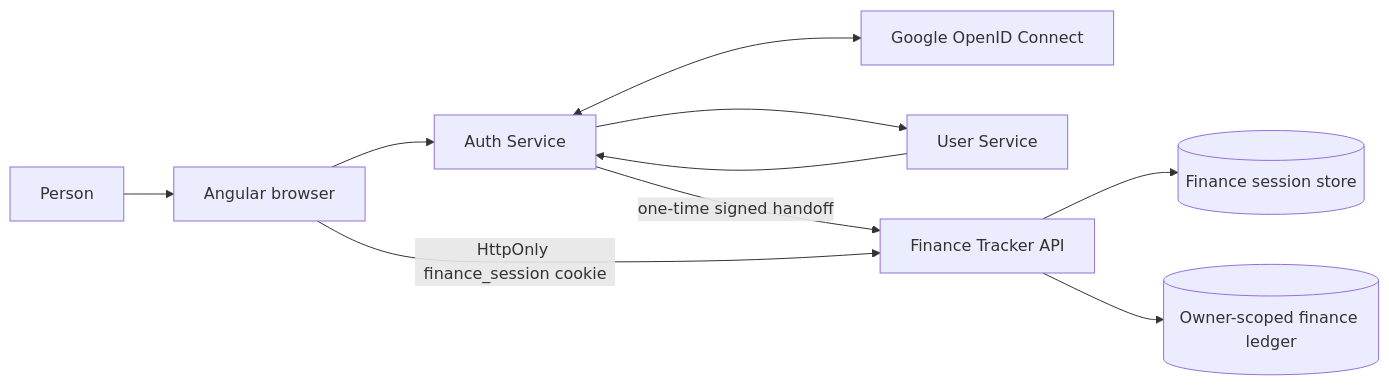
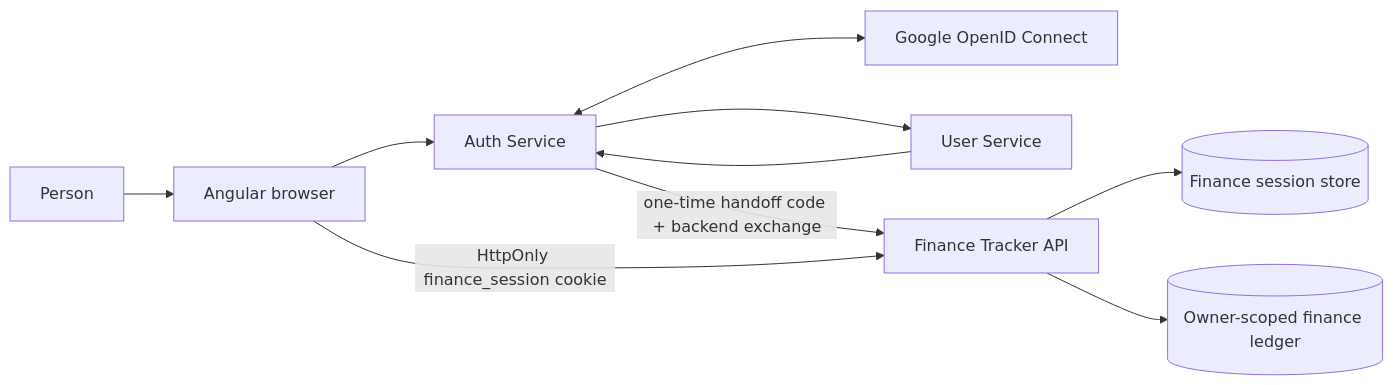
One commit to prprathikantam1991/personal-finance-tracker changed the first of 4 diagrams in docs/V7_AUTHENTICATION_AND_AUTHORIZATION_DESIGN.md. Above: the diagram before and after it, drawn with Mermaid. The commit also changed other lines of this file and 8 other files, not shown here.

Commit message:
feat: add finance auth handoff sessions

````diff
--- a/docs/V7_AUTHENTICATION_AND_AUTHORIZATION_DESIGN.md
+++ b/docs/V7_AUTHENTICATION_AND_AUTHORIZATION_DESIGN.md
@@ -50,12 +50,12 @@
 ```mermaid
 flowchart LR
     Person[Person] --> UI[Angular browser]
     UI --> Auth[Auth Service]
     Auth <--> Google[Google OpenID Connect]
     Auth --> Users[User Service]
     Users --> Auth
-    Auth -->|one-time signed handoff| Finance[Finance Tracker API]
+    Auth -->|one-time handoff code + backend exchange| Finance[Finance Tracker API]
     Finance --> Sessions[(Finance session store)]
     Finance --> Ledger[(Owner-scoped finance ledger)]
     UI -->|HttpOnly finance_session cookie| Finance
 ```
````
